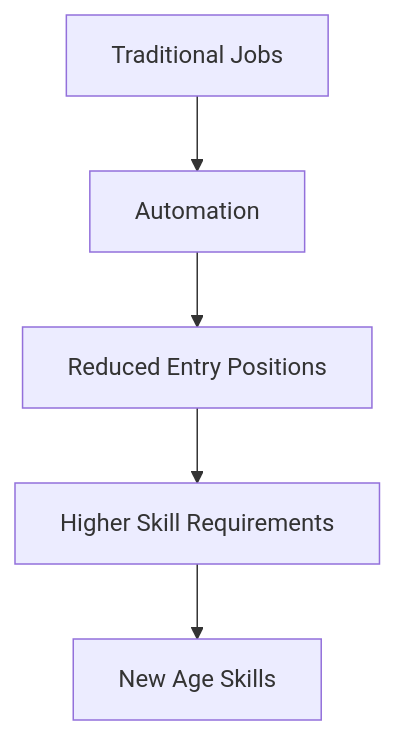
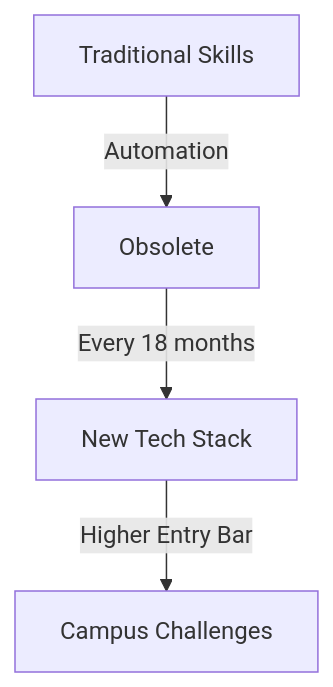
One commit to cvkmohan/devfest changed the first of 4 diagrams in slides.md. Above: the diagram before and after it, drawn with Mermaid. The commit also changed other lines of this file and 2 other files, not shown here.

````diff
--- a/slides.md
+++ b/slides.md
@@ -62,7 +65,6 @@
 ```mermaid
 graph TD
-    A[Traditional Jobs] --> B[Automation]
-    B --> C[Reduced Entry Positions]
-    C --> D[Higher Skill Requirements]
-    D --> E[New Age Skills]
+    A[Traditional Skills] -->|Automation| B[Obsolete]
+    B -->|Every 18 months| C[New Tech Stack]
+    C -->|Higher Entry Bar| D[Campus Challenges]
 ```
````
